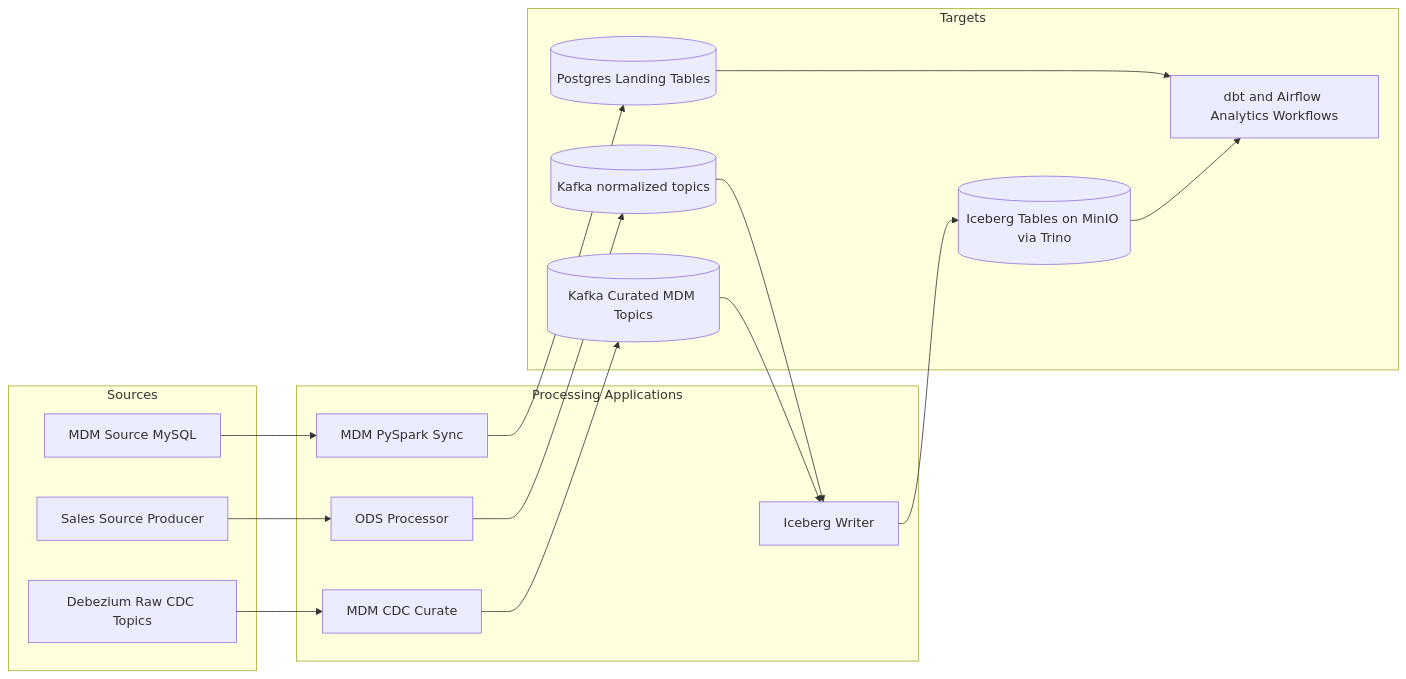
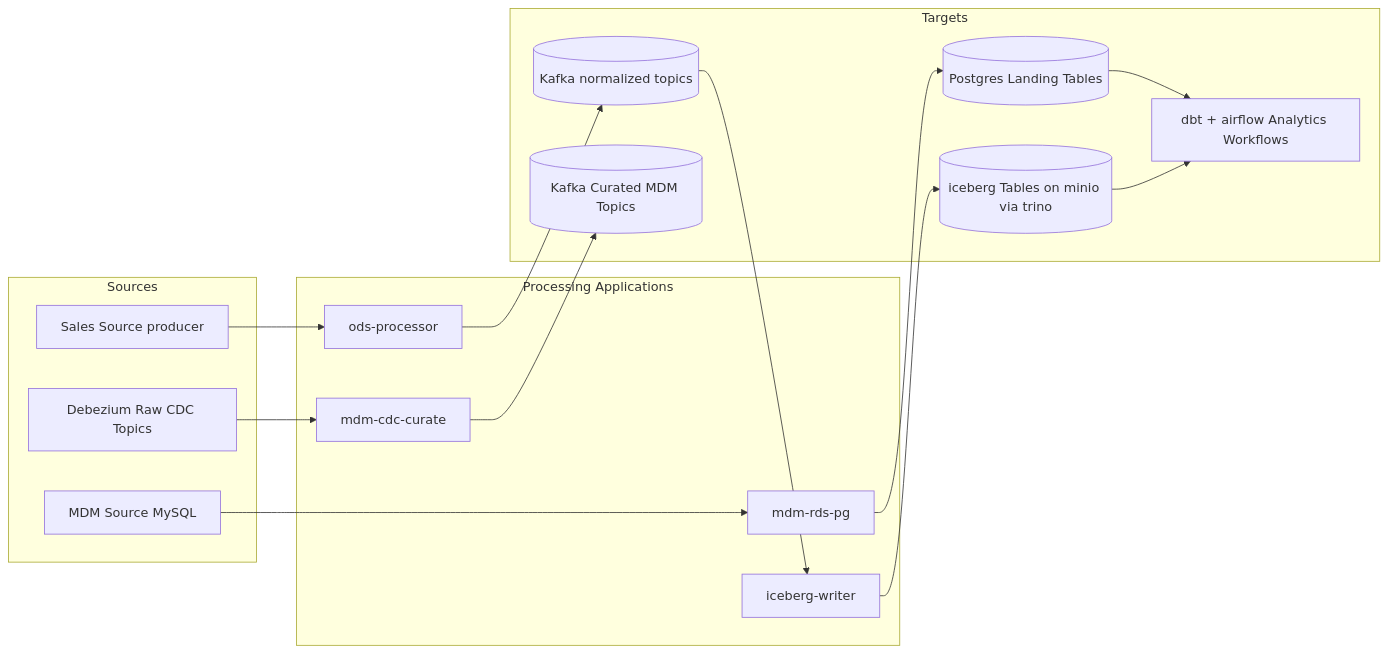
One commit to paulchen8206/Full-Stack-Modern-Data-Architecture-and-Engineering changed the diagram in process-apps/readme.md. Above: the diagram before and after it, drawn with Mermaid. The commit also changed 18 other files, not shown here.

````diff
--- a/process-apps/readme.md
+++ b/process-apps/readme.md
@@ -52,39 +52,38 @@
 ```mermaid
 flowchart LR
   subgraph S[Sources]
-    SRC1[Sales Source Producer]
+    SRC1[Sales Source producer]
     SRC2[MDM Source MySQL]
     SRC3[Debezium Raw CDC Topics]
   end
 
   subgraph P[Processing Applications]
-    APP1[ODS Processor]
-    APP2[MDM CDC Curate]
-    APP3[MDM PySpark Sync]
-    APP4[Iceberg Writer]
+    APP1[ods-processor]
+    APP2[mdm-cdc-curate]
+    APP3[mdm-rds-pg]
+    APP4[iceberg-writer]
   end
 
   subgraph T[Targets]
     T1[(Kafka normalized topics)]
     T2[(Kafka Curated MDM Topics)]
     T3[(Postgres Landing Tables)]
-    T4[(Iceberg Tables on MinIO via Trino)]
-    T5[dbt and Airflow Analytics Workflows]
+    T4[(iceberg Tables on minio via trino)]
+    T5[dbt + airflow Analytics Workflows]
   end
 
   SRC1 --> APP1
   APP1 --> T1
 
   SRC3 --> APP2
   APP2 --> T2
 
   SRC2 --> APP3
   APP3 --> T3
 
   T1 --> APP4
-  T2 --> APP4
   APP4 --> T4
 
   T3 --> T5
   T4 --> T5
 ```
````
